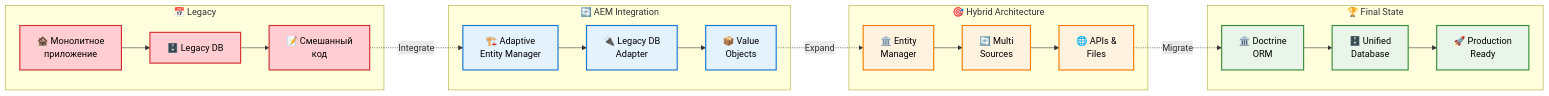
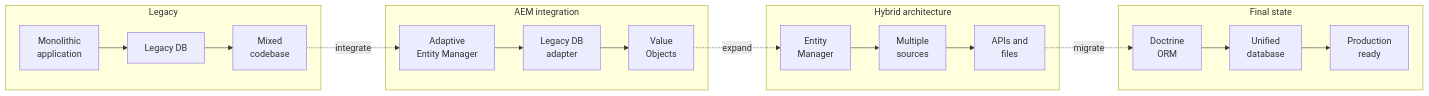
The diagram in docs/MIGRATION_ROADMAP.md (kabiroman/adaptive-entity-manager), drawn with Mermaid before and after one commit. The commit also changed other lines of this file and 7 other files, not shown here.

````diff
--- a/docs/MIGRATION_ROADMAP.md
+++ b/docs/MIGRATION_ROADMAP.md
@@ -7,54 +7,38 @@
 ```mermaid
 flowchart LR
-    %% Этап 1: Legacy
-    subgraph "📅 Legacy"
-        L1["🏚️ Монолитное<br/>приложение"]
-        L2["🗄️ Legacy DB"]
-        L3["📝 Смешанный<br/>код"]
+    subgraph legacyStage [Legacy]
+        L1["Monolithic<br/>application"]
+        L2["Legacy DB"]
+        L3["Mixed<br/>codebase"]
         L1 --> L2
         L2 --> L3
     end
-    
-    %% Этап 2: AEM
-    subgraph "🔄 AEM Integration"
-        A1["🏗️ Adaptive<br/>Entity Manager"]
-        A2["🔌 Legacy DB<br/>Adapter"]
-        A3["📦 Value<br/>Objects"]
+
+    subgraph aemStage [AEM integration]
+        A1["Adaptive<br/>Entity Manager"]
+        A2["Legacy DB<br/>adapter"]
+        A3["Value<br/>Objects"]
         A1 --> A2
         A2 --> A3
     end
-    
-    %% Этап 3: Гибрид
-    subgraph "🎯 Hybrid Architecture"
-        M1["🏛️ Entity<br/>Manager"]
-        M2["🔄 Multi<br/>Sources"]
-        M3["🌐 APIs &<br/>Files"]
+
+    subgraph hybridStage [Hybrid architecture]
+        M1["Entity<br/>Manager"]
+        M2["Multiple<br/>sources"]
+        M3["APIs and<br/>files"]
         M1 --> M2
         M2 --> M3
     end
-    
-    %% Этап 4: Финал
-    subgraph "🏆 Final State"
-        F1["🏛️ Doctrine<br/>ORM"]
-        F2["🗄️ Unified<br/>Database"]
-        F3["🚀 Production<br/>Ready"]
+
+    subgraph finalStage [Final state]
+        F1["Doctrine<br/>ORM"]
+        F2["Unified<br/>database"]
+        F3["Production<br/>ready"]
         F1 --> F2
         F2 --> F3
     end
-    
-    %% Horizontal flow between stages
-    L3 -.->|"Integrate"| A1
-    A3 -.->|"Expand"| M1
-    M3 -.->|"Migrate"| F1
-    
-    %% Styling
-    classDef legacyStyle fill:#ffcdd2,stroke:#d32f2f,stroke-width:2px,color:#000
-    classDef aemStyle fill:#e3f2fd,stroke:#1976d2,stroke-width:2px,color:#000
-    classDef hybridStyle fill:#fff3e0,stroke:#f57c00,stroke-width:2px,color:#000
-    classDef finalStyle fill:#e8f5e8,stroke:#388e3c,stroke-width:2px,color:#000
-    
-    class L1,L2,L3 legacyStyle
-    class A1,A2,A3 aemStyle
-    class M1,M2,M3 hybridStyle
-    class F1,F2,F3 finalStyle
+
+    L3 -.->|integrate| A1
+    A3 -.->|expand| M1
+    M3 -.->|migrate| F1
 ```
````
